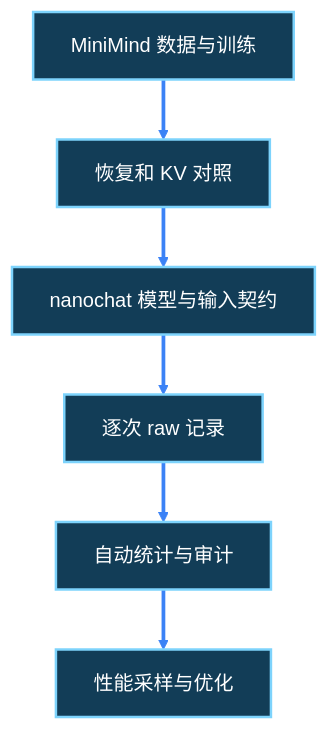
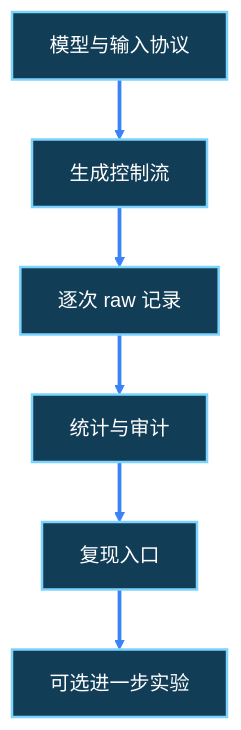
Before and after one commit to gitlizishuohub/nanochat: the diagram in .agents/docs/career_roadmap/w3/d21_project_briefing.md, drawn with Mermaid. The commit also changed other lines of this file, not shown here.

````diff
--- a/.agents/docs/career_roadmap/w3/d21_project_briefing.md
+++ b/.agents/docs/career_roadmap/w3/d21_project_briefing.md
@@ -83,11 +73,11 @@
 ```mermaid
 %%{init: {"theme":"base","themeVariables":{"lineColor":"#3b82f6","defaultLinkColor":"#3b82f6","primaryColor":"#123d57","primaryTextColor":"#ffffff","primaryBorderColor":"#7dd3fc","fontSize":"16px"},"themeCSS":".marker { fill: #3b82f6 !important; stroke: #3b82f6 !important; }","flowchart":{"curve":"linear","nodeSpacing":32,"rankSpacing":48,"wrappingWidth":240}}}%%
 flowchart TD
-    A[MiniMind 数据与训练] --> B[恢复和 KV 对照]
-    B --> C[nanochat 模型与输入契约]
-    C --> D[逐次 raw 记录]
-    D --> E[自动统计与审计]
-    E --> F[性能采样与优化]
+    A[模型与输入协议] --> B[生成控制流]
+    B --> C[逐次 raw 记录]
+    C --> D[统计与审计]
+    D --> E[复现入口]
+    E --> F[可选进一步实验]
     classDef default fill:#123d57,stroke:#7dd3fc,color:#ffffff,stroke-width:2px;
     linkStyle default stroke:#3b82f6,stroke-width:3px;
 ```
````
